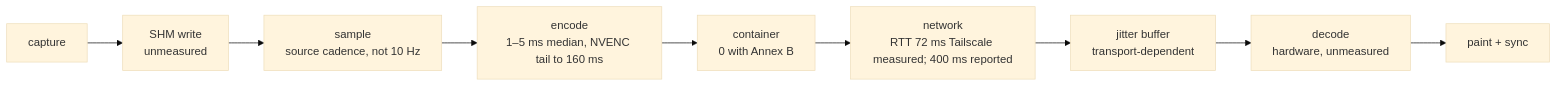
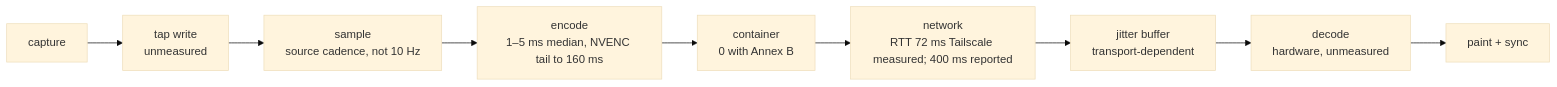
One commit to TheWisp/lerobot changed the ninth of 9 diagrams in src/lerobot/gui/docs/camera_video_transport.md. Above: the diagram before and after it, drawn with Mermaid (base theme). The commit also changed other lines of this file, not shown here.

````diff
--- a/src/lerobot/gui/docs/camera_video_transport.md
+++ b/src/lerobot/gui/docs/camera_video_transport.md
@@ -542,4 +754,4 @@
 ```mermaid
 flowchart LR
-  cap[capture] --> shm["SHM write<br/>unmeasured"] --> samp["sample<br/>source cadence, not 10 Hz"] --> enc["encode<br/>1–5 ms median, NVENC tail to 160 ms"] --> mux["container<br/>0 with Annex B"] --> net["network<br/>RTT 72 ms Tailscale measured; 400 ms reported"] --> jb["jitter buffer<br/>transport-dependent"] --> dec["decode<br/>hardware, unmeasured"] --> paint[paint + sync]
+  cap[capture] --> shm["tap write<br/>unmeasured"] --> samp["sample<br/>source cadence, not 10 Hz"] --> enc["encode<br/>1–5 ms median, NVENC tail to 160 ms"] --> mux["container<br/>0 with Annex B"] --> net["network<br/>RTT 72 ms Tailscale measured; 400 ms reported"] --> jb["jitter buffer<br/>transport-dependent"] --> dec["decode<br/>hardware, unmeasured"] --> paint[paint + sync]
 ```
````
